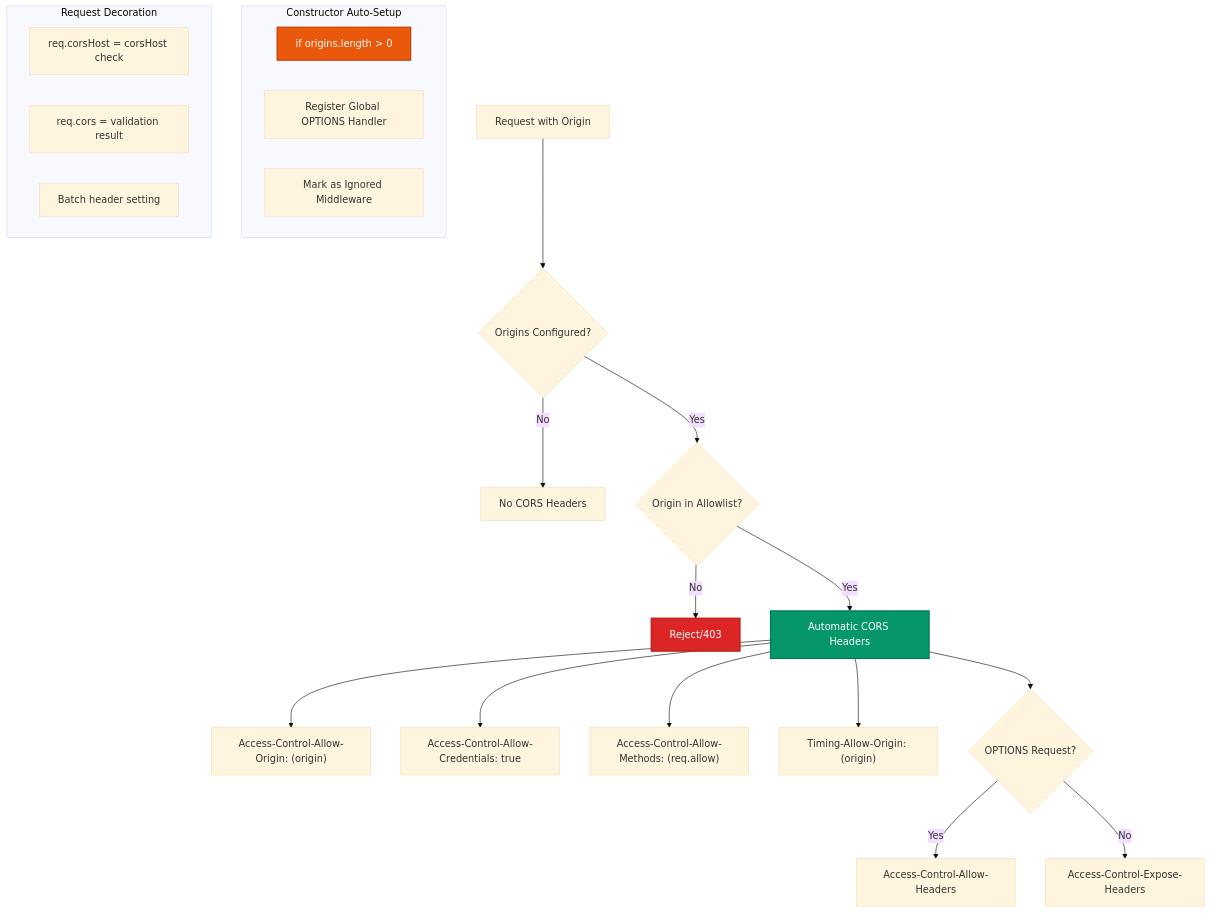
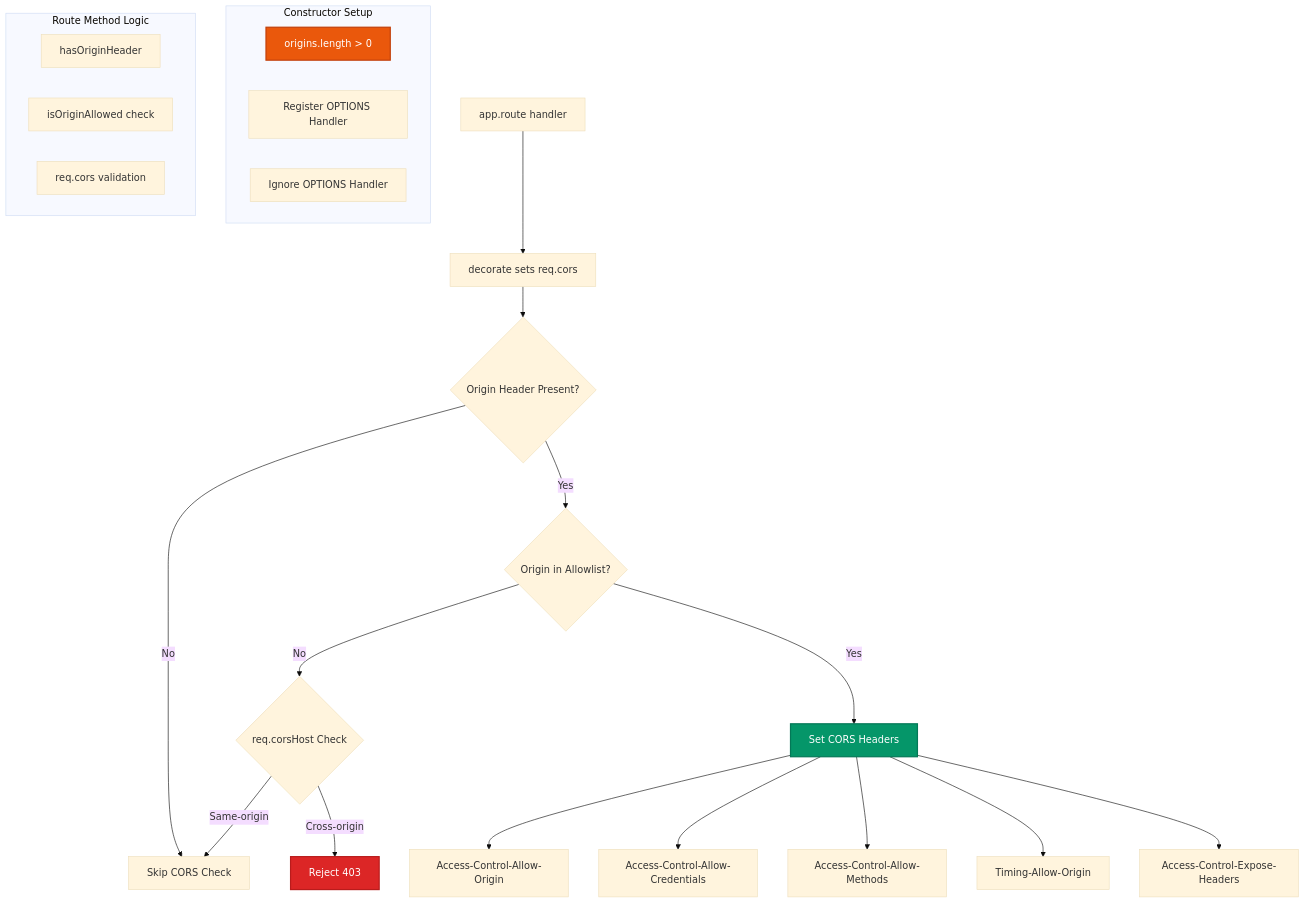
Before and after one commit to avoidwork/woodland: the sixth of 9 diagrams in docs/TECHNICAL_DOCUMENTATION.md, drawn with Mermaid (base theme).

Commit message:
docs: update CORS Implementation diagram to match route() method logic

````diff
--- a/docs/TECHNICAL_DOCUMENTATION.md
+++ b/docs/TECHNICAL_DOCUMENTATION.md
@@ -914,32 +914,33 @@
 ```mermaid
 graph TB
-    A[Request with Origin] --> B{Origins Configured?}
-    B -->|No| C[No CORS Headers]
-    B -->|Yes| D{Origin in Allowlist?}
-    D -->|No| E[Reject/403]
-    D -->|Yes| F[Automatic CORS Headers]
+    A[app.route handler] --> B[decorate sets req.cors]
+    B --> C{Origin Header Present?}
+    C -->|No| D[Skip CORS Check]
+    C -->|Yes| E{Origin in Allowlist?}
+    E -->|No| F{req.corsHost Check}
+    F -->|Cross-origin| G[Reject 403]
+    F -->|Same-origin| D
+    E -->|Yes| H[Set CORS Headers]
 
-    F --> G["Access-Control-Allow-Origin: (origin)"]
-    F --> H["Access-Control-Allow-Credentials: true"]
-    F --> I["Access-Control-Allow-Methods: (req.allow)"]
-    F --> J["Timing-Allow-Origin: (origin)"]
-    F --> K{OPTIONS Request?}
-    K -->|Yes| L["Access-Control-Allow-Headers"]
-    K -->|No| M["Access-Control-Expose-Headers"]
+    H --> I["Access-Control-Allow-Origin"]
+    H --> J["Access-Control-Allow-Credentials"]
+    H --> K["Access-Control-Allow-Methods"]
+    H --> L["Timing-Allow-Origin"]
+    H --> M["Access-Control-Expose-Headers"]
 
-    subgraph "Constructor Auto-Setup"
-        N[if origins.length > 0]
-        O[Register Global OPTIONS Handler]
-        P[Mark as Ignored Middleware]
+    subgraph "Constructor Setup"
+        N[origins.length > 0]
+        O[Register OPTIONS Handler]
+        P[Ignore OPTIONS Handler]
     end
 
-    subgraph "Request Decoration"
-        Q[req.corsHost = corsHost check]
-        R[req.cors = validation result]
-        S[Batch header setting]
+    subgraph "Route Method Logic"
+        Q[hasOriginHeader]
+        R[isOriginAllowed check]
+        S[req.cors validation]
     end
 
-    style E fill:#dc2626,stroke:#b91c1c,stroke-width:2px,color:#ffffff
-    style F fill:#059669,stroke:#047857,stroke-width:2px,color:#ffffff
+    style G fill:#dc2626,stroke:#b91c1c,stroke-width:2px,color:#ffffff
+    style H fill:#059669,stroke:#047857,stroke-width:2px,color:#ffffff
     style N fill:#ea580c,stroke:#c2410c,stroke-width:2px,color:#ffffff
 ```
````
